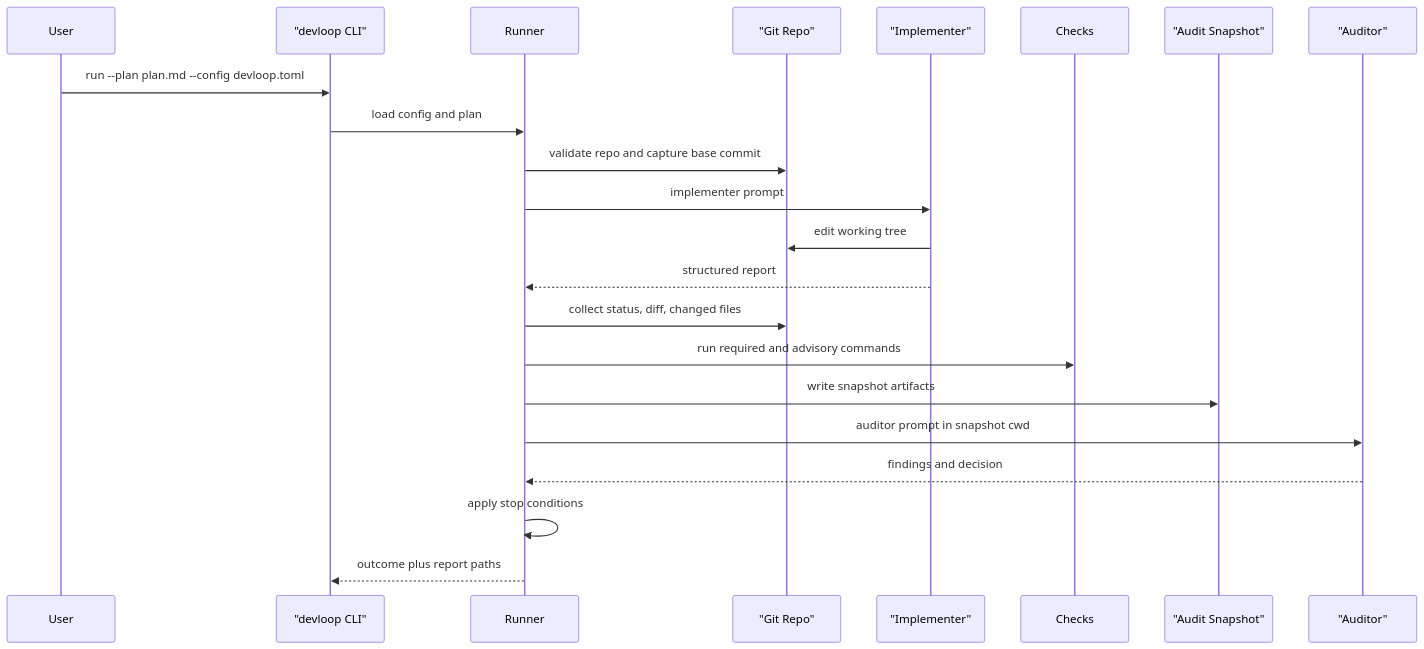
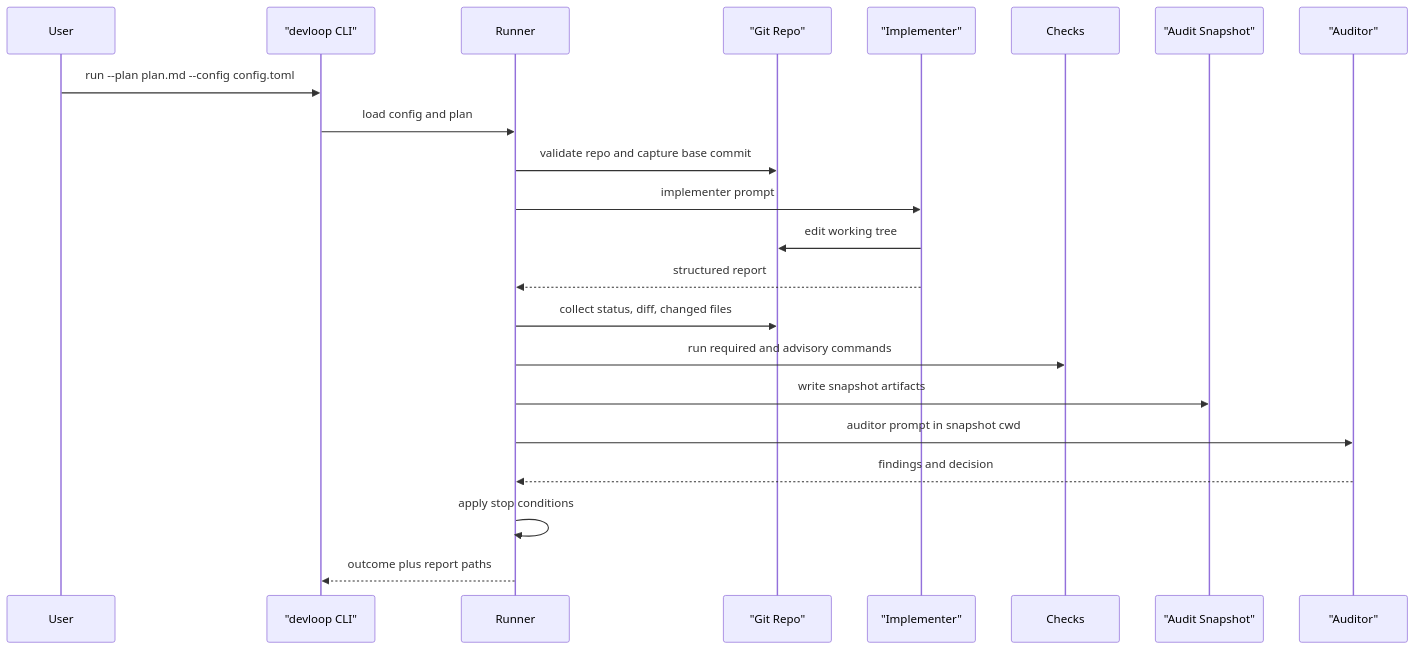
Before and after one commit to eemax/devloop: the diagram in docs/architecture.md, drawn with Mermaid. The commit also changed other lines of this file and 19 other files, not shown here.

````diff
--- a/docs/architecture.md
+++ b/docs/architecture.md
@@ -20,25 +20,25 @@
 ```mermaid
 sequenceDiagram
     participant User
     participant CLI as "devloop CLI"
     participant Runner
     participant Repo as "Git Repo"
     participant Impl as "Implementer"
     participant Checks
     participant Snap as "Audit Snapshot"
     participant Audit as "Auditor"
 
-    User->>CLI: run --plan plan.md --config devloop.toml
+    User->>CLI: run --plan plan.md --config config.toml
     CLI->>Runner: load config and plan
     Runner->>Repo: validate repo and capture base commit
     Runner->>Impl: implementer prompt
     Impl->>Repo: edit working tree
     Impl-->>Runner: structured report
     Runner->>Repo: collect status, diff, changed files
     Runner->>Checks: run required and advisory commands
     Runner->>Snap: write snapshot artifacts
     Runner->>Audit: auditor prompt in snapshot cwd
     Audit-->>Runner: findings and decision
     Runner->>Runner: apply stop conditions
     Runner-->>CLI: outcome plus report paths
 ```
````
